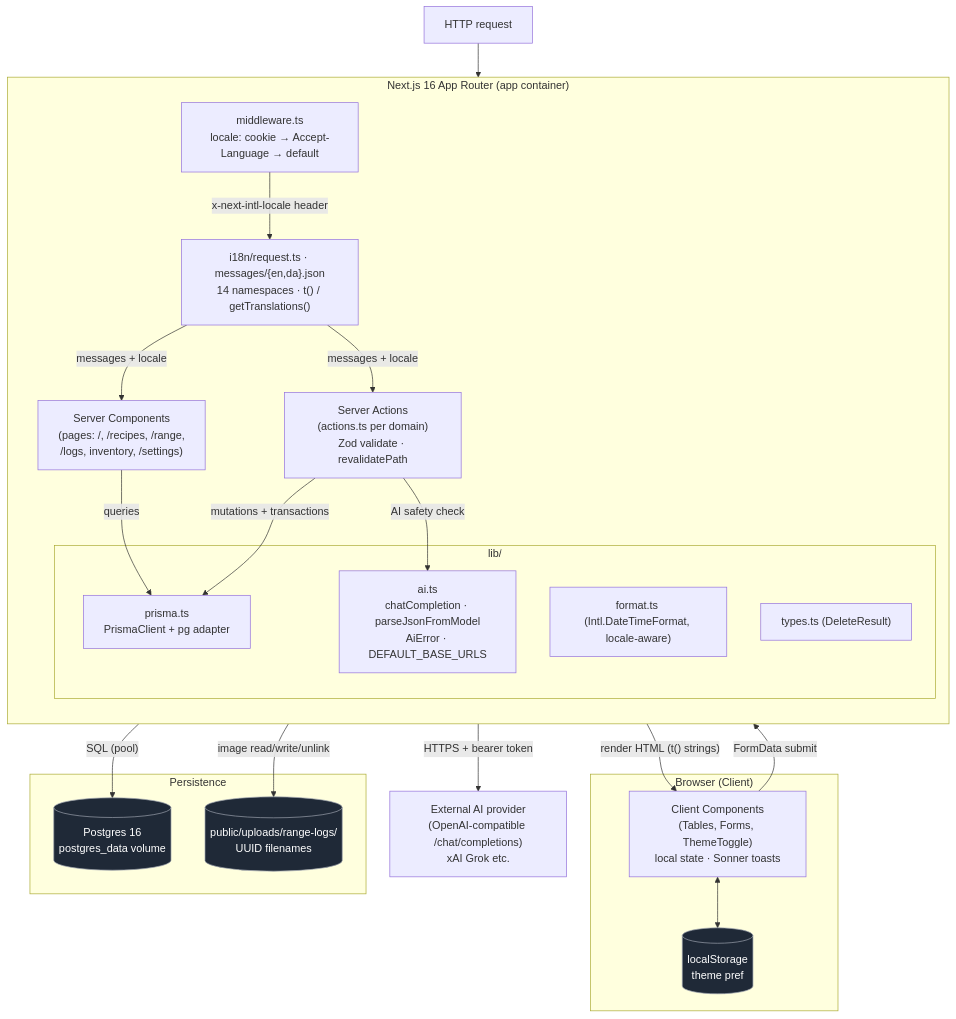
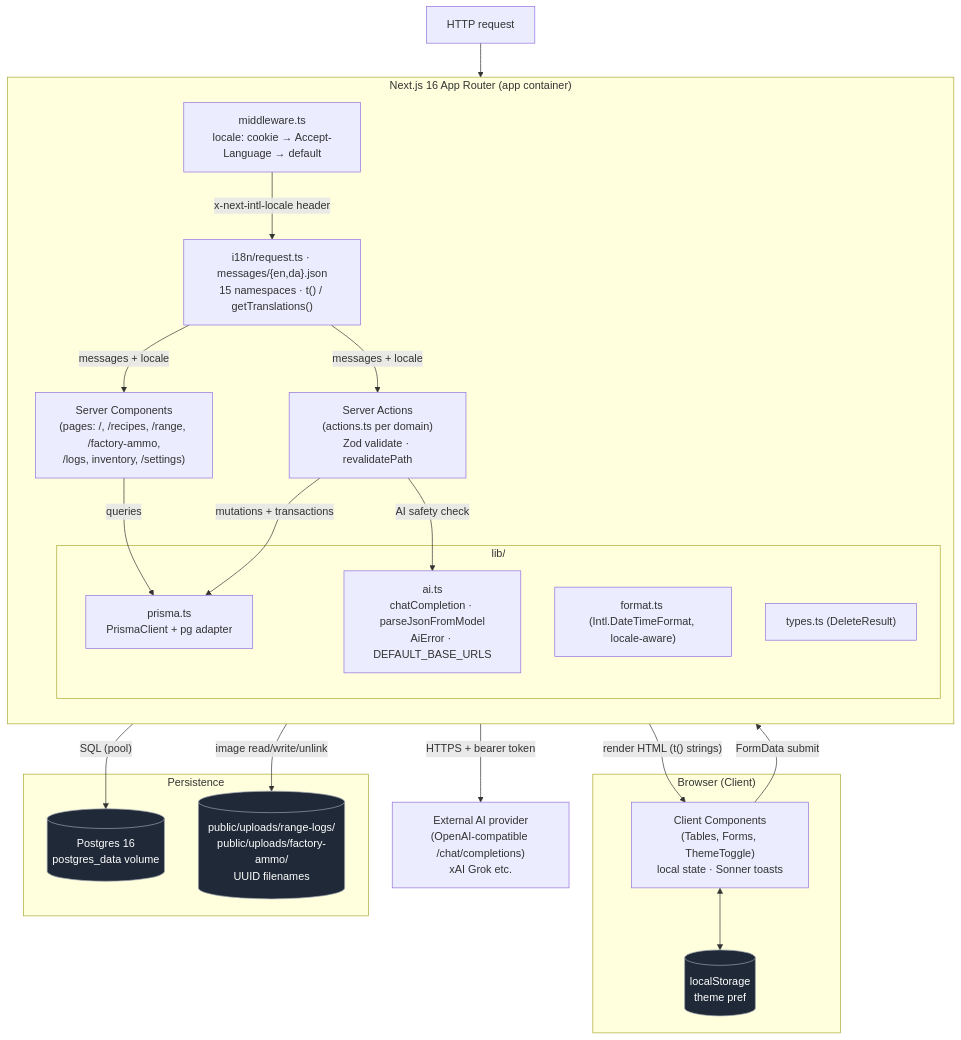
The first of 3 diagrams in docs/architecture.md (KennethEgholm/reloading), drawn with Mermaid before and after one commit. The commit also changed other lines of this file and 30 other files, not shown here.

First line of the commit message:
feat(factory-ammo): factory ammunition velocity verification domain

````diff
--- a/docs/architecture.md
+++ b/docs/architecture.md
@@ -7,46 +7,46 @@
 ```mermaid
 graph TB
     subgraph Browser["Browser (Client)"]
         UI["Client Components<br/>(Tables, Forms, ThemeToggle)<br/>local state · Sonner toasts"]
         LS[("localStorage<br/>theme pref")]
     end
 
     subgraph Next["Next.js 16 App Router (app container)"]
         direction TB
         MW["middleware.ts<br/>locale: cookie → Accept-Language → default"]
-        I18N["i18n/request.ts · messages/{en,da}.json<br/>14 namespaces · t() / getTranslations()"]
-        SC["Server Components<br/>(pages: /, /recipes, /range,<br/>/logs, inventory, /settings)"]
+        I18N["i18n/request.ts · messages/{en,da}.json<br/>15 namespaces · t() / getTranslations()"]
+        SC["Server Components<br/>(pages: /, /recipes, /range, /factory-ammo,<br/>/logs, inventory, /settings)"]
         SA["Server Actions<br/>(actions.ts per domain)<br/>Zod validate · revalidatePath"]
 
         subgraph Lib["lib/"]
             PRISMA["prisma.ts<br/>PrismaClient + pg adapter"]
             AI["ai.ts<br/>chatCompletion · parseJsonFromModel<br/>AiError · DEFAULT_BASE_URLS"]
             FMT["format.ts (Intl.DateTimeFormat, locale-aware)"]
             TYP["types.ts (DeleteResult)"]
         end
     end
 
     subgraph Storage["Persistence"]
         PG[("Postgres 16<br/>postgres_data volume")]
-        FILES[("public/uploads/range-logs/<br/>UUID filenames")]
+        FILES[("public/uploads/range-logs/<br/>public/uploads/factory-ammo/<br/>UUID filenames")]
     end
 
     EXT["External AI provider<br/>(OpenAI-compatible /chat/completions)<br/>xAI Grok etc."]
 
     REQ["HTTP request"] --> MW
     MW -- "x-next-intl-locale header" --> I18N
     I18N -- "messages + locale" --> SC
     I18N -- "messages + locale" --> SA
     UI -- "FormData submit" --> SA
     SC -- "render HTML (t() strings)" --> UI
     UI <--> LS
     SC -- "queries" --> PRISMA
     SA -- "mutations + transactions" --> PRISMA
     SA -- "image read/write/unlink" --> FILES
     SA -- "AI safety check" --> AI
     AI -- "HTTPS + bearer token" --> EXT
     PRISMA -- "SQL (pool)" --> PG
 
     classDef store fill:#1f2937,stroke:#9ca3af,color:#fff;
     class PG,FILES,LS store;
 ```
````
